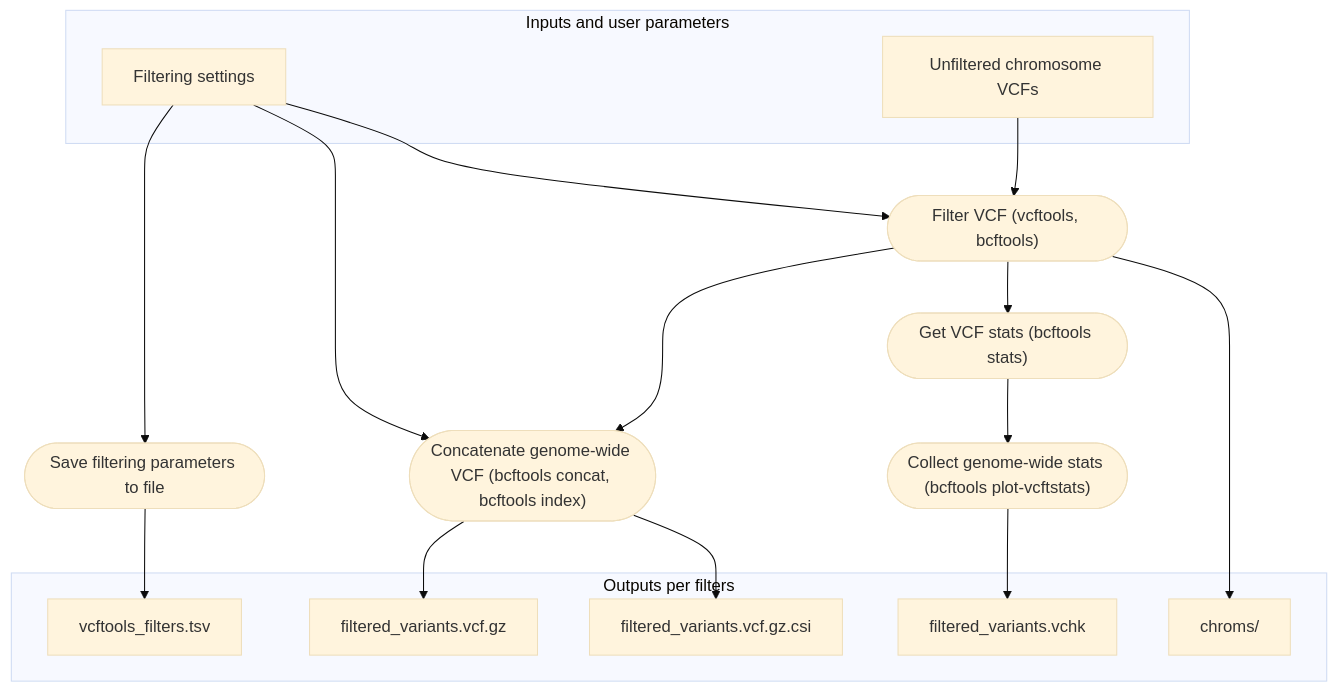
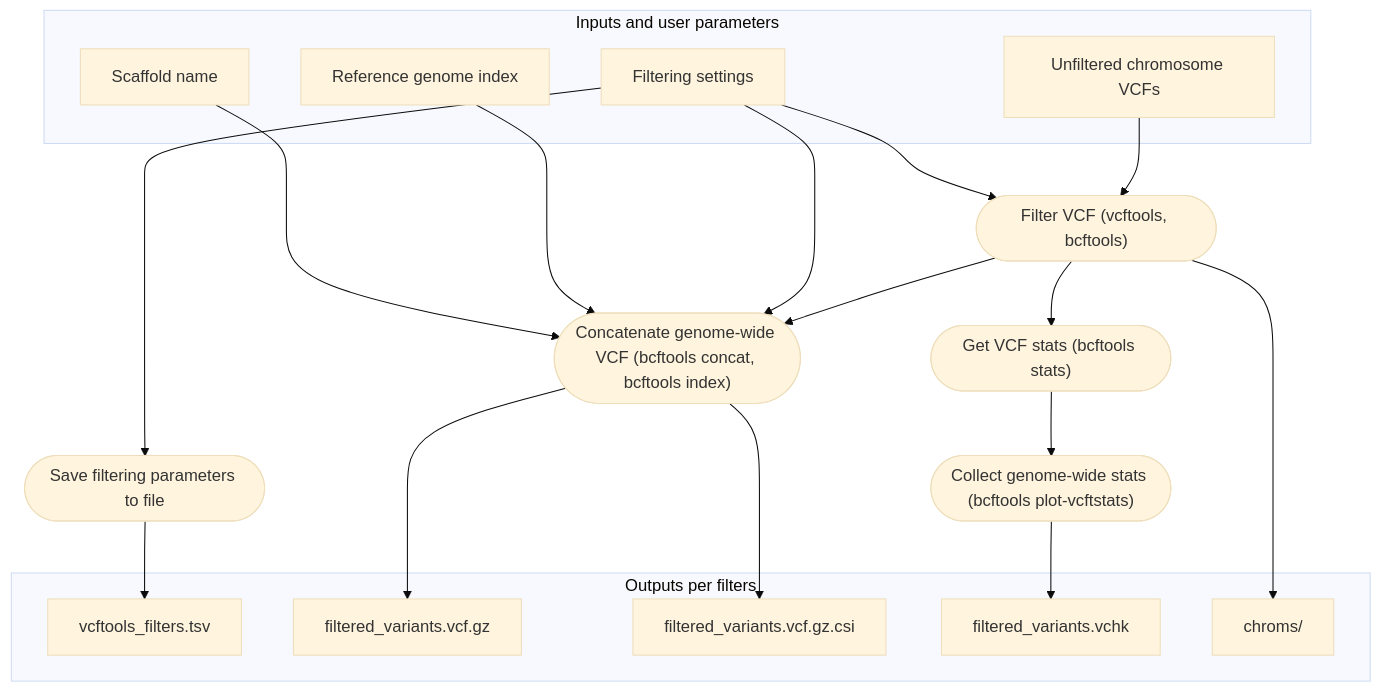
The third of 4 diagrams in README.md (EcoEvoGenomics/genotyping_pipeline), drawn with Mermaid (base theme) before and after one commit. The commit also changed other lines of this file and 3 other files, not shown here.

````diff
--- a/README.md
+++ b/README.md
@@ -207,31 +210,35 @@
 ```mermaid
 flowchart TB
    subgraph "Inputs and user parameters"
    v5["Filtering settings"]
    v0["Unfiltered chromosome VCFs"]
+   v4["Reference genome index"]
+   v14["Scaffold name"]
    end
    v1(["Filter VCF (vcftools, bcftools)"])
    v3(["Get VCF stats (bcftools stats)"])
    v6(["Collect genome-wide stats (bcftools plot-vcftstats)"])
    v7(["Concatenate genome-wide VCF (bcftools concat, bcftools index)"])
    v8(["Save filtering parameters to file"])
    v0 --> v1
    v1 --> v3
    v3 --> v6
    v1 --> v7
    v5 --> v7
    v5 --> v8
    v5 --> v1
    v8 --> v9
+   v4 --> v7
+   v14 --> v7
    v7 --> v10
    v7 --> v11
    v6 --> v12
    v1 --> v13
    subgraph "Outputs per filters"
    v9["vcftools_filters.tsv"]
    v10["filtered_variants.vcf.gz"]
    v11["filtered_variants.vcf.gz.csi"]
    v12["filtered_variants.vchk"]
    v13["chroms/"]
    end
 ```
````
